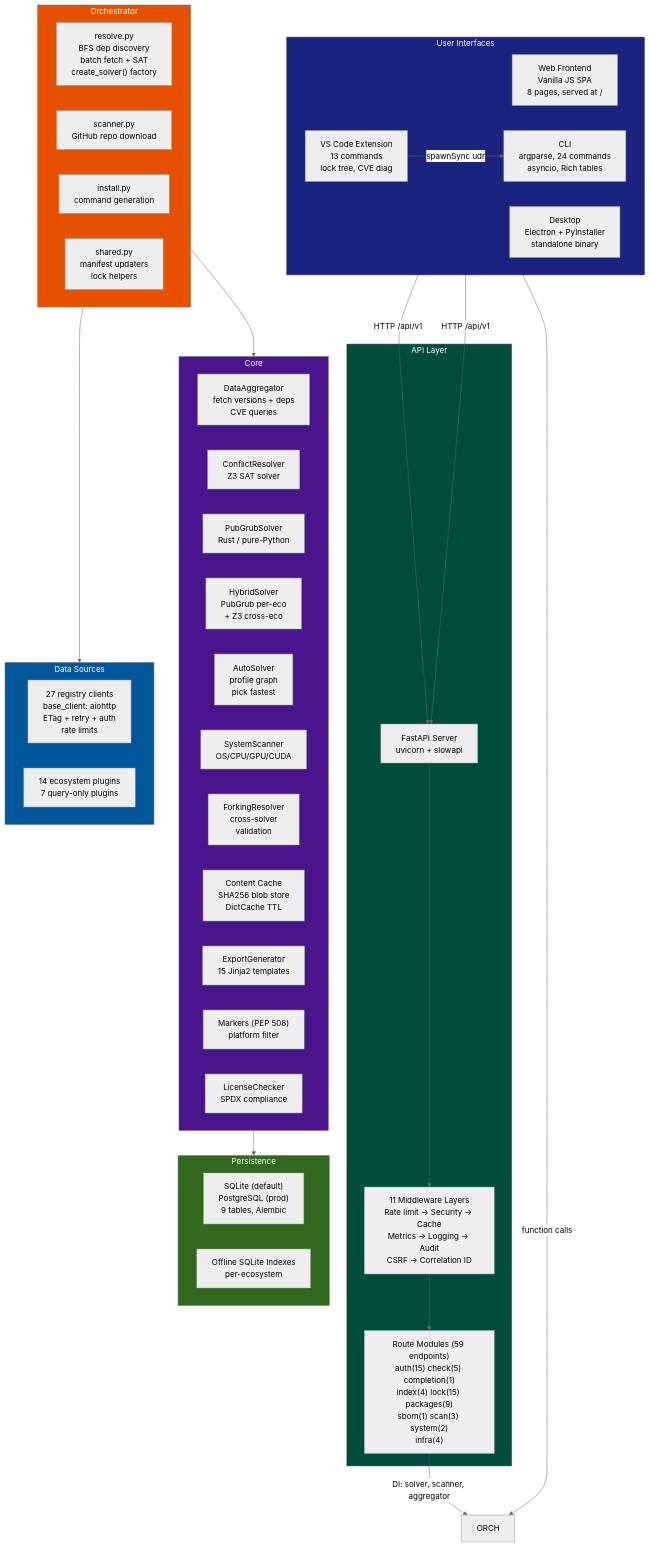
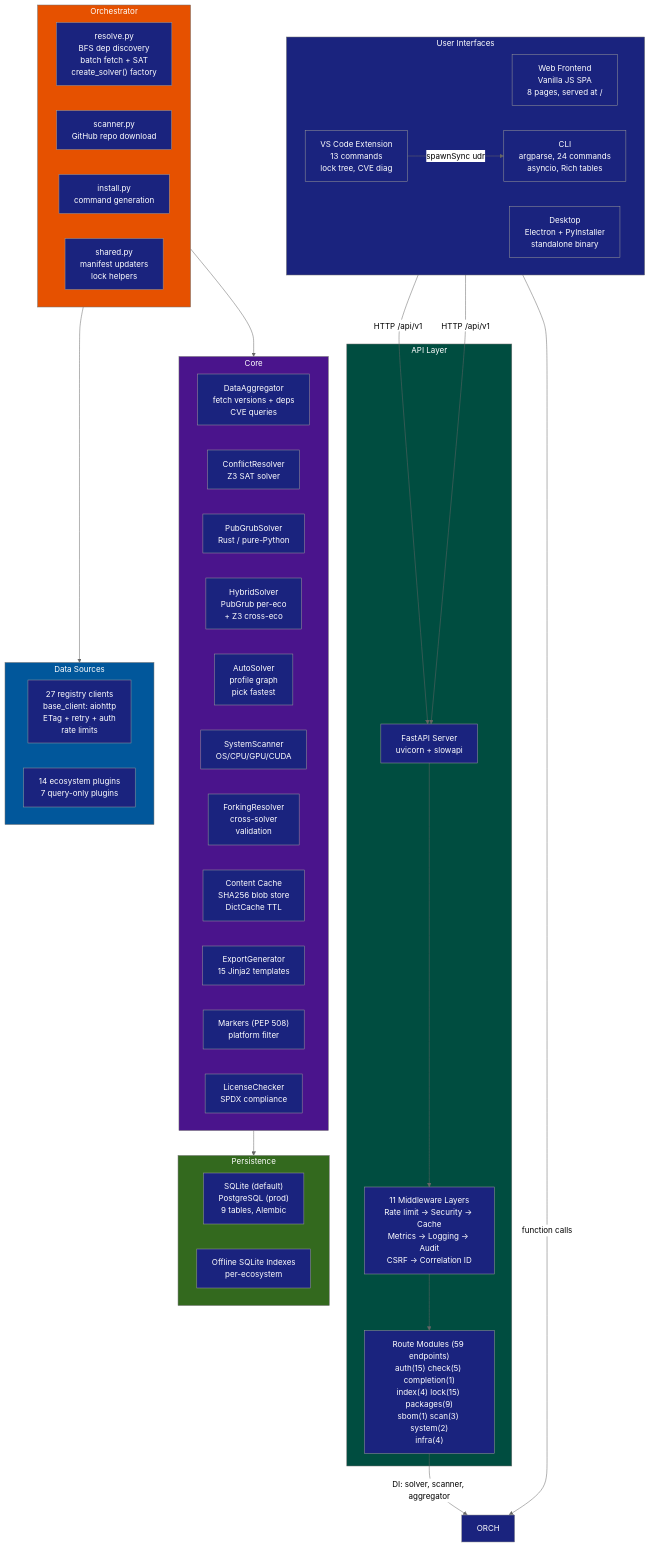
The first of 3 diagrams in docs/ARCHITECTURE.md (code-with-zeeshan/universal-dependency-resolver), drawn with Mermaid (neutral theme) before and after one commit. The commit also changed other lines of this file and 9 other files, not shown here.

First line of the commit message:
docs: fix mermaid lightbox sizing, white box labels, dedupe header badges

````diff
--- a/docs/ARCHITECTURE.md
+++ b/docs/ARCHITECTURE.md
@@ -5,69 +5,72 @@
 ```mermaid
 flowchart TD
     subgraph UI["User Interfaces"]
         direction LR
         FE["Web Frontend<br/>Vanilla JS SPA<br/>8 pages, served at /"]
         VSC["VS Code Extension<br/>13 commands<br/>lock tree, CVE diag"]
         CLI["CLI<br/>argparse, 24 commands<br/>asyncio, Rich tables"]
         DESKTOP["Desktop<br/>Electron + PyInstaller<br/>standalone binary"]
     end
 
     FE -->|HTTP /api/v1| API
     VSC -->|spawnSync udr| CLI
     DESKTOP -->|HTTP /api/v1| API
 
     CLI -->|function calls| ORCH
 
     subgraph API_LAYER["API Layer"]
         API["FastAPI Server<br/>uvicorn + slowapi"]
         ROUTES["Route Modules (59 endpoints)<br/>auth(15) check(5) completion(1)<br/>index(4) lock(15) packages(9)<br/>sbom(1) scan(3) system(2)<br/>infra(4)"]
         MW["11 Middleware Layers<br/>Rate limit → Security → Cache<br/>Metrics → Logging → Audit<br/>CSRF → Correlation ID"]
     end
 
     API --> MW --> ROUTES
     ROUTES -->|DI: solver, scanner, aggregator| ORCH
 
     subgraph ORCH_LAYER["Orchestrator"]
         RESOLVE["resolve.py<br/>BFS dep discovery<br/>batch fetch + SAT<br/>create_solver() factory"]
         SCANNER["scanner.py<br/>GitHub repo download"]
         INSTALL["install.py<br/>command generation"]
         SHARED["shared.py<br/>manifest updaters<br/>lock helpers"]
     end
 
     ORCH_LAYER --> CORE_LAYER
     ORCH_LAYER --> DS
 
     subgraph CORE_LAYER["Core"]
         direction LR
         AGGR["DataAggregator<br/>fetch versions + deps<br/>CVE queries"]
         Z3["ConflictResolver<br/>Z3 SAT solver"]
         PG["PubGrubSolver<br/>Rust / pure-Python"]
         HS["HybridSolver<br/>PubGrub per-eco<br/>+ Z3 cross-eco"]
         AS["AutoSolver<br/>profile graph<br/>pick fastest"]
         SS["SystemScanner<br/>OS/CPU/GPU/CUDA"]
         FR["ForkingResolver<br/>cross-solver<br/>validation"]
         CACHE["Content Cache<br/>SHA256 blob store<br/>DictCache TTL"]
         EXPORT["ExportGenerator<br/>15 Jinja2 templates"]
         MARKERS["Markers (PEP 508)<br/>platform filter"]
         LICENSE["LicenseChecker<br/>SPDX compliance"]
     end
 
     subgraph DS["Data Sources"]
         CLIENTS["27 registry clients<br/>base_client: aiohttp<br/>ETag + retry + auth<br/>rate limits"]
         PLUGINS["14 ecosystem plugins<br/>7 query-only plugins"]
     end
 
     subgraph PERSISTENCE["Persistence"]
         SQLDB["SQLite (default)<br/>PostgreSQL (prod)<br/>9 tables, Alembic"]
         OFF["Offline SQLite Indexes<br/>per-ecosystem"]
     end
 
     CORE_LAYER --> PERSISTENCE
 
     style UI fill:#1a237e,color:#fff
     style API_LAYER fill:#004d40,color:#fff
     style ORCH_LAYER fill:#e65100,color:#fff
     style CORE_LAYER fill:#4a148c,color:#fff
     style DS fill:#01579b,color:#fff
     style PERSISTENCE fill:#33691e,color:#fff
+
+    classDef box fill:#1a237e,color:#fff
+    class FE,VSC,CLI,DESKTOP,API,ROUTES,MW,RESOLVE,SCANNER,INSTALL,SHARED,AGGR,Z3,PG,HS,AS,SS,FR,CACHE,EXPORT,MARKERS,LICENSE,CLIENTS,PLUGINS,SQLDB,OFF,ORCH box
 ```
````
